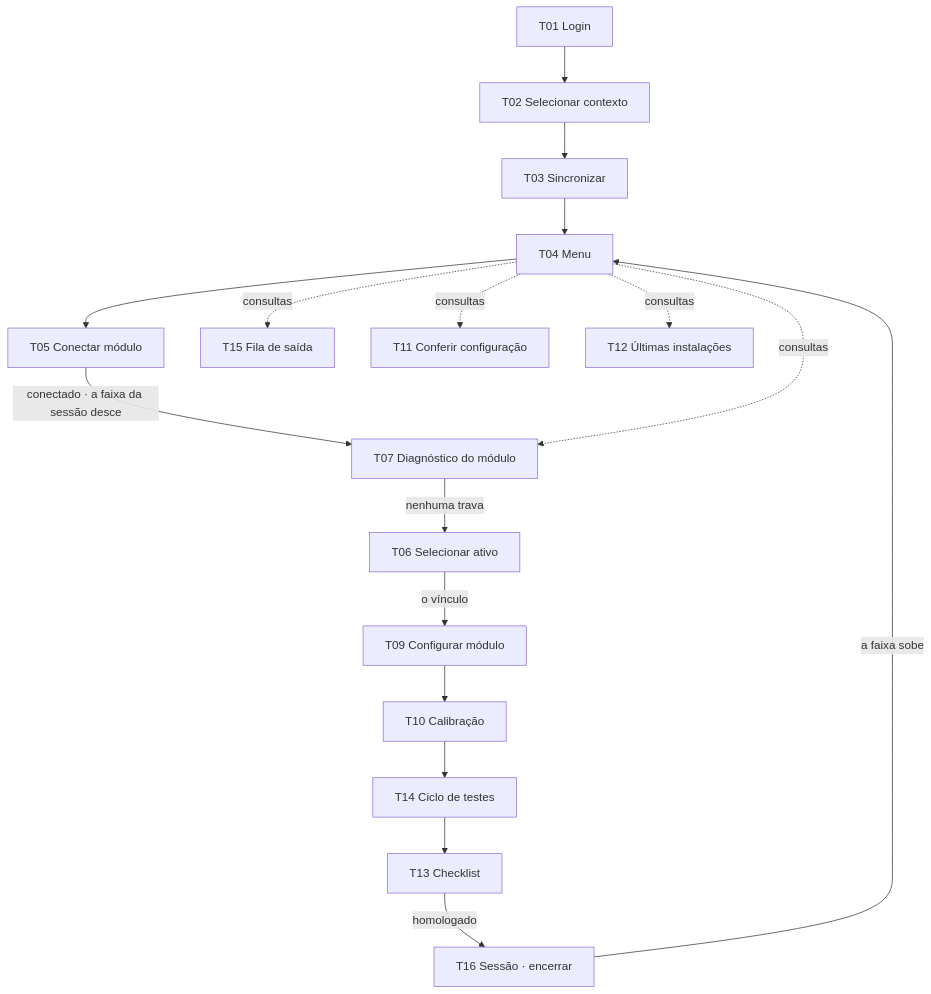
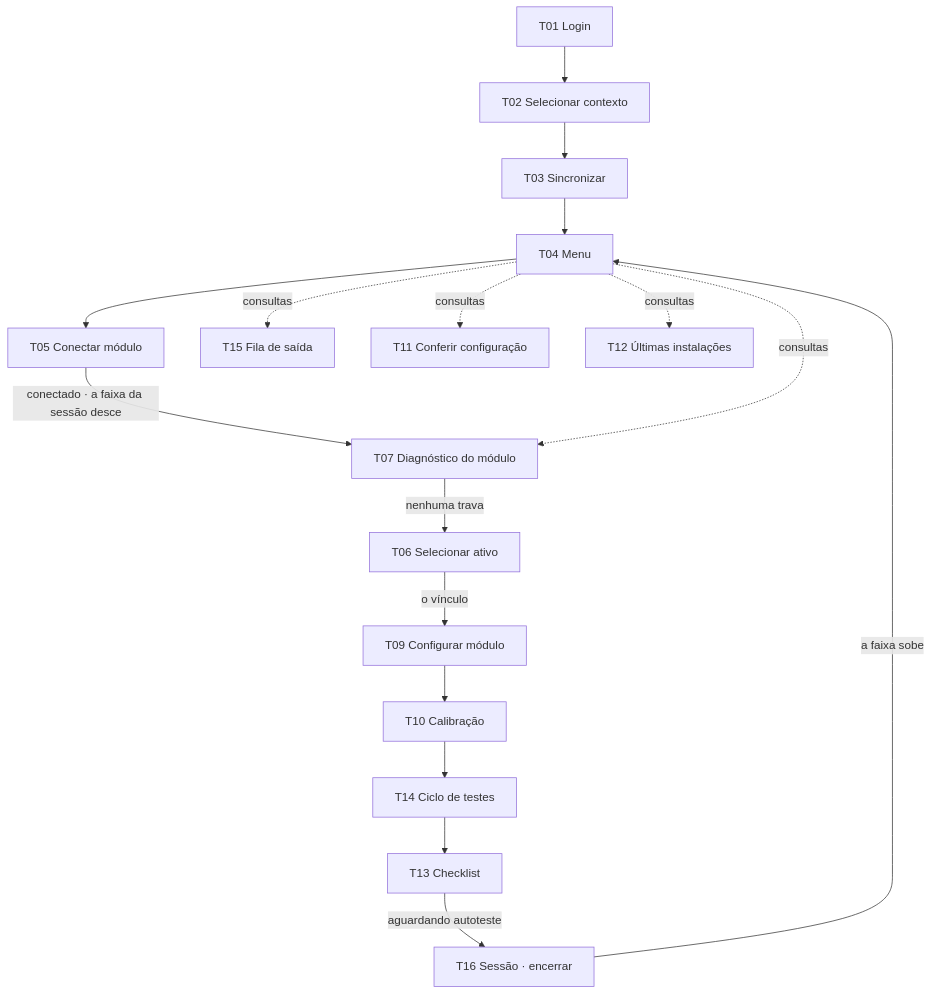
Before and after one commit to felipeuxdesign/mobs2-configurador-prototipo: the diagram in 01-produto/fluxos.md, drawn with Mermaid. The commit also changed 320 other files, not shown here.

````diff
--- a/01-produto/fluxos.md
+++ b/01-produto/fluxos.md
@@ -5,14 +5,14 @@
 ```mermaid
 flowchart TD
   T01[T01 Login] --> T02[T02 Selecionar contexto] --> T03[T03 Sincronizar] --> T04[T04 Menu]
   T04 --> T05[T05 Conectar módulo]
   T05 -- conectado · a faixa da sessão desce --> T07[T07 Diagnóstico do módulo]
   T07 -- nenhuma trava --> T06[T06 Selecionar ativo] -- o vínculo --> T09[T09 Configurar módulo] --> T10[T10 Calibração]
   T10 --> T14[T14 Ciclo de testes] --> T13[T13 Checklist]
-  T13 -- homologado --> T16[T16 Sessão · encerrar]
+  T13 -- aguardando autoteste --> T16[T16 Sessão · encerrar]
   T16 -- a faixa sobe --> T04
   T04 -.consultas.-> T15[T15 Fila de saída]
   T04 -.consultas.-> T11[T11 Conferir configuração]
   T04 -.consultas.-> T12[T12 Últimas instalações]
   T04 -.consultas.-> T07
 ```
````
